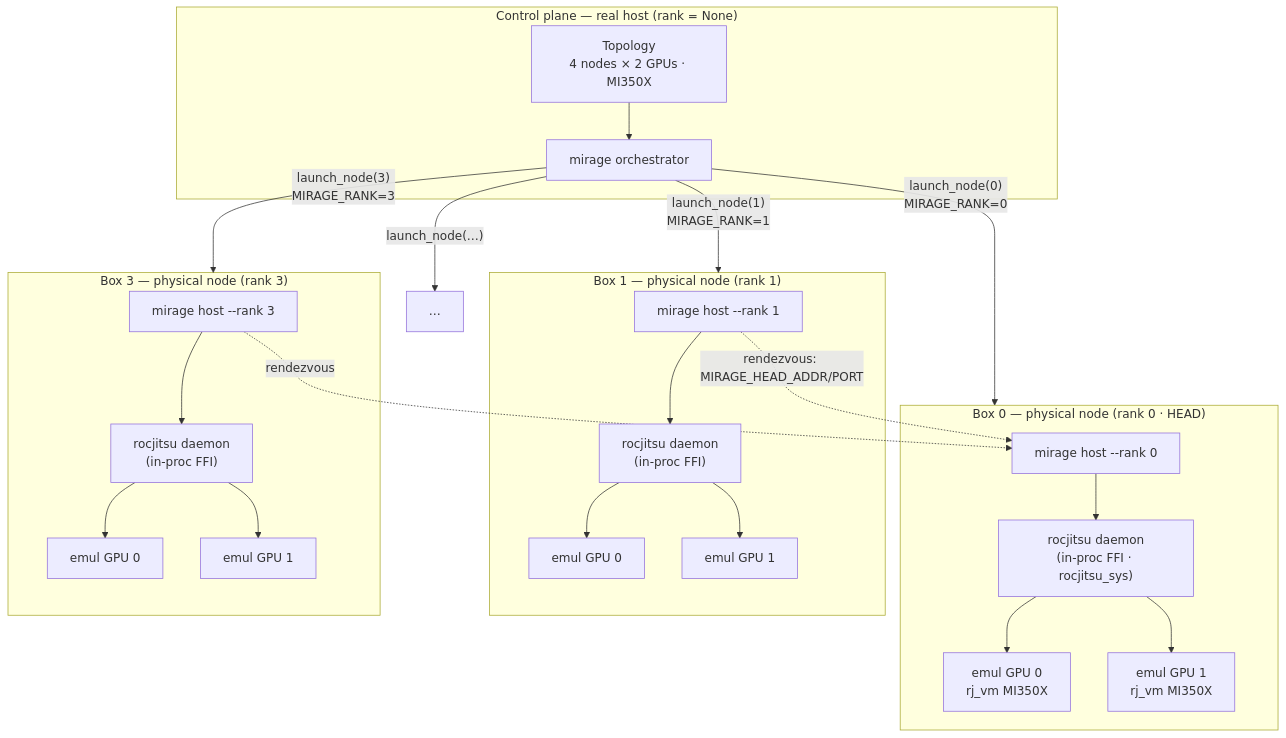
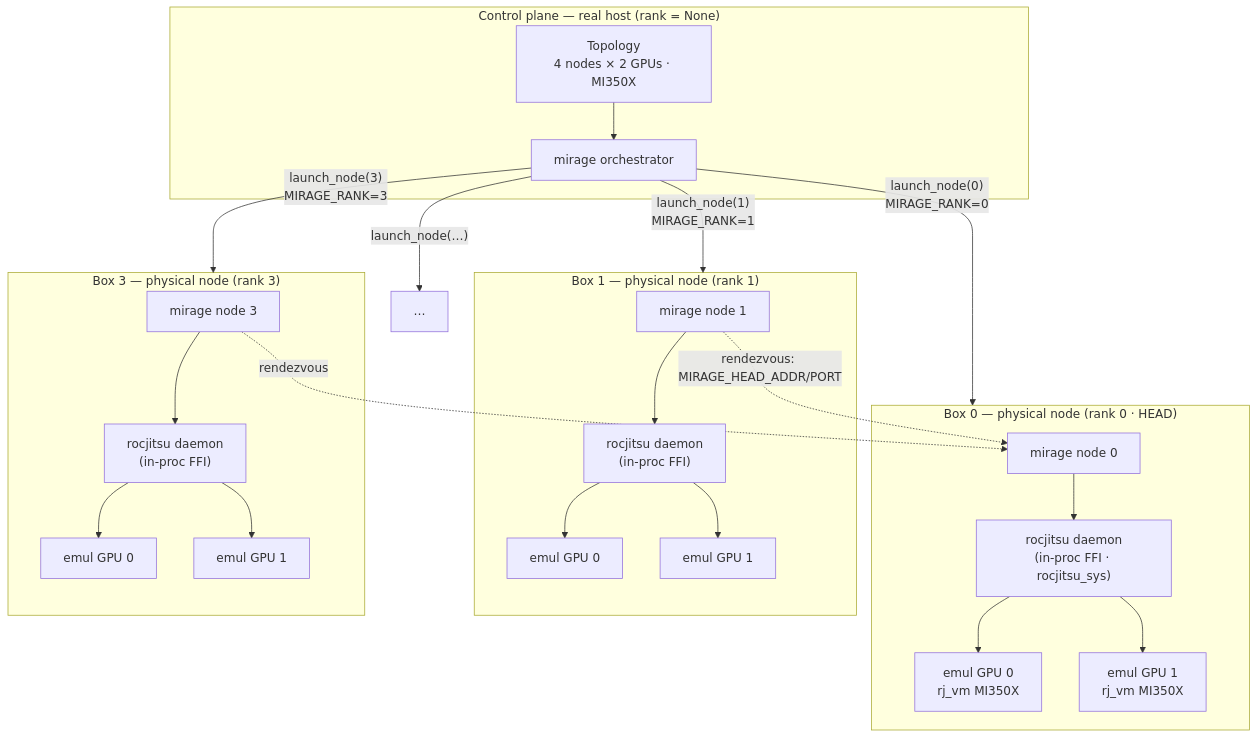
One commit to ROCm/rocm-systems changed the ninth of 15 diagrams in emulation/mirage/docs/demo-debugging-at-scale.md. Above: the diagram before and after it, drawn with Mermaid. The commit also changed other lines of this file and 7 other files, not shown here.

First line of the commit message:
docs(mirage): document the supervisor daemon and the reduced on-disk state

````diff
--- a/emulation/mirage/docs/demo-debugging-at-scale.md
+++ b/emulation/mirage/docs/demo-debugging-at-scale.md
@@ -299,32 +299,32 @@
 ```mermaid
 flowchart TB
     subgraph plane["Control plane — real host (rank = None)"]
       TOPO["Topology<br/>4 nodes × 2 GPUs · MI350X"]
       ORCH["mirage orchestrator"]
       TOPO --> ORCH
     end
 
     ORCH -->|"launch_node(0)<br/>MIRAGE_RANK=0"| B0
     ORCH -->|"launch_node(1)<br/>MIRAGE_RANK=1"| B1
     ORCH -->|"launch_node(…)"| BE["…"]
     ORCH -->|"launch_node(3)<br/>MIRAGE_RANK=3"| B3
 
     subgraph B0["Box 0 — physical node (rank 0 · HEAD)"]
-      H0["mirage host --rank 0"] --> D0["rocjitsu daemon<br/>(in-proc FFI · rocjitsu_sys)"]
+      H0["mirage node 0"] --> D0["rocjitsu daemon<br/>(in-proc FFI · rocjitsu_sys)"]
       D0 --> G00["emul GPU 0<br/>rj_vm MI350X"]
       D0 --> G01["emul GPU 1<br/>rj_vm MI350X"]
     end
     subgraph B1["Box 1 — physical node (rank 1)"]
-      H1["mirage host --rank 1"] --> D1["rocjitsu daemon<br/>(in-proc FFI)"]
+      H1["mirage node 1"] --> D1["rocjitsu daemon<br/>(in-proc FFI)"]
       D1 --> G10["emul GPU 0"]
       D1 --> G11["emul GPU 1"]
     end
     subgraph B3["Box 3 — physical node (rank 3)"]
-      H3["mirage host --rank 3"] --> D3["rocjitsu daemon<br/>(in-proc FFI)"]
+      H3["mirage node 3"] --> D3["rocjitsu daemon<br/>(in-proc FFI)"]
       D3 --> G30["emul GPU 0"]
       D3 --> G31["emul GPU 1"]
     end
 
     H1 -. "rendezvous: MIRAGE_HEAD_ADDR/PORT" .-> H0
     H3 -. rendezvous .-> H0
 ```
````
